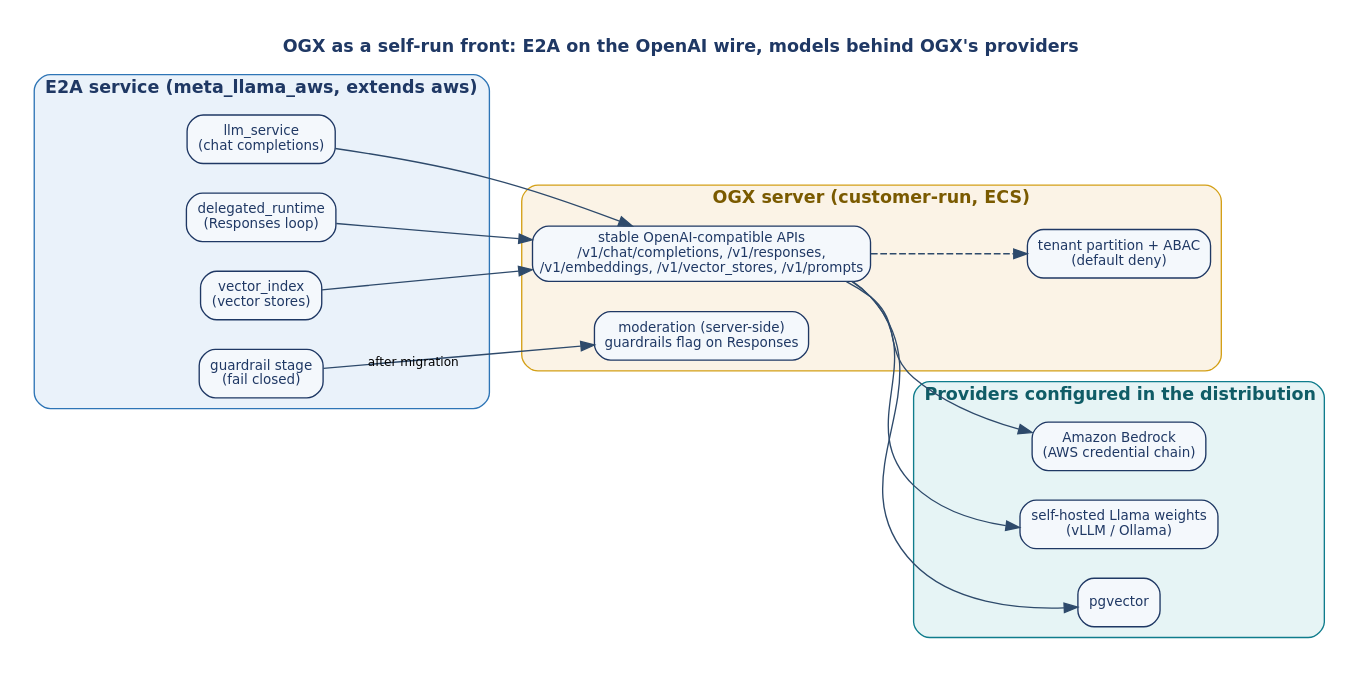
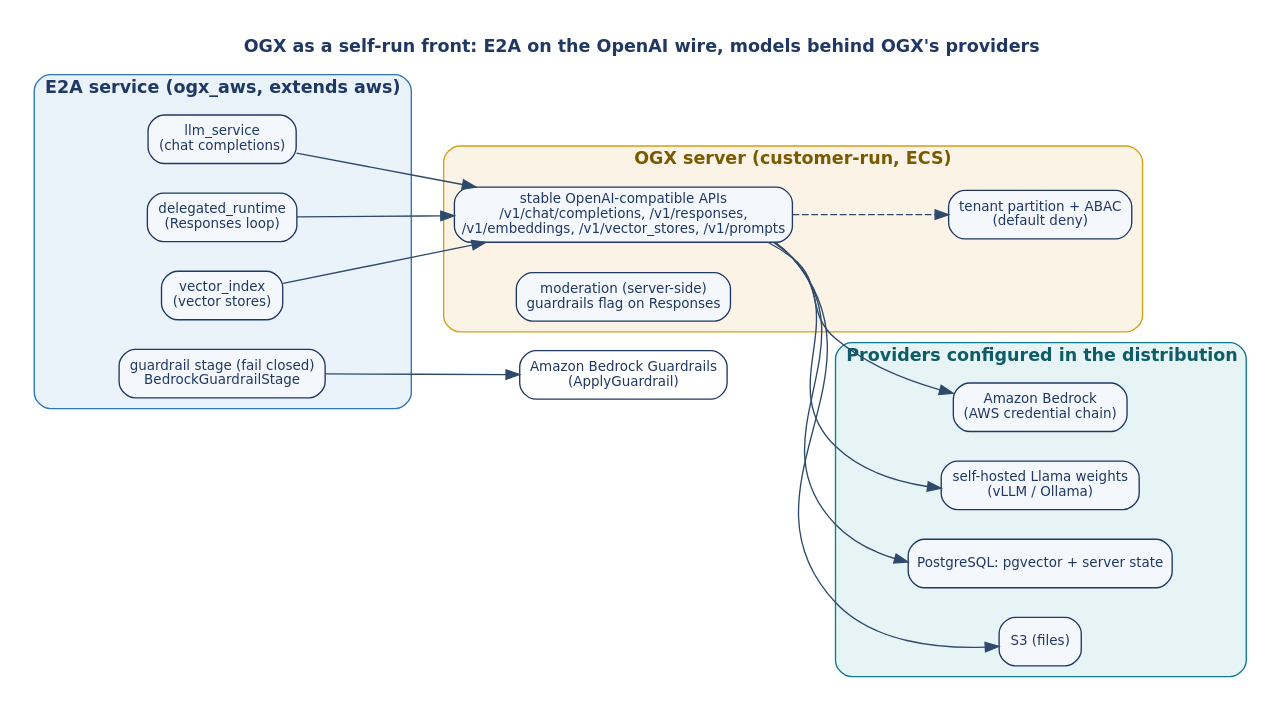
One commit to subhamviky/e2a-managed-providers changed the diagram in docs/design/meta/diagrams/x1_ogx_hld.dot. Above: the diagram before and after it, drawn with Graphviz. The commit also changed 45 other files, not shown here.

First line of the commit message:
provider(ogx): migrate the Llama profile to OGX 1.x as ogx_aws

```diff
--- a/docs/design/meta/diagrams/x1_ogx_hld.dot
+++ b/docs/design/meta/diagrams/x1_ogx_hld.dot
@@ -1,23 +1,25 @@
 digraph G {
   graph [rankdir=LR, compound=true, fontname="DejaVu Sans", fontsize=13, labelloc=t, label=<<b>OGX as a self-run front: E2A on the OpenAI wire, models behind OGX's providers</b>>, fontcolor="#1F3864", nodesep=0.3, ranksep=0.55, pad=0.25];
   node [shape=box, style="rounded,filled", fillcolor="#F4F8FC", color="#1F3864", fontname="DejaVu Sans", fontsize=10, fontcolor="#1F3864", margin="0.12,0.05"];
   edge [color="#2E4A6B", fontname="DejaVu Sans", fontsize=9];
-  subgraph cluster_e2a { label=<<b>E2A service (meta_llama_aws, extends aws)</b>>; style="rounded,filled"; fillcolor="#EAF2FA"; color="#2E75B6";
+  subgraph cluster_e2a { label=<<b>E2A service (ogx_aws, extends aws)</b>>; style="rounded,filled"; fillcolor="#EAF2FA"; color="#2E75B6";
     llm [label="llm_service\n(chat completions)"];
     rt [label="delegated_runtime\n(Responses loop)"];
     vi [label="vector_index\n(vector stores)"];
-    gs [label="guardrail stage\n(fail closed)"];
+    gs [label="guardrail stage (fail closed)\nBedrockGuardrailStage"];
   }
   subgraph cluster_ogx { label=<<b>OGX server (customer-run, ECS)</b>>; style="rounded,filled"; fillcolor="#FBF3E6"; color="#D4A017"; fontcolor="#7A5A00";
     api [label="stable OpenAI-compatible APIs\n/v1/chat/completions, /v1/responses,\n/v1/embeddings, /v1/vector_stores, /v1/prompts"];
     mod [label="moderation (server-side)\nguardrails flag on Responses"];
     ten [label="tenant partition + ABAC\n(default deny)"];
   }
   subgraph cluster_p { label=<<b>Providers configured in the distribution</b>>; style="rounded,filled"; fillcolor="#E6F4F5"; color="#0F7C8C"; fontcolor="#0F5C66";
     bed [label="Amazon Bedrock\n(AWS credential chain)"];
     self [label="self-hosted Llama weights\n(vLLM / Ollama)"];
-    pg [label="pgvector"];
+    pg [label="PostgreSQL: pgvector + server state"];
+    s3 [label="S3 (files)"];
   }
-  llm -> api; rt -> api; vi -> api; gs -> mod [xlabel="after migration"];
-  api -> bed; api -> self; api -> pg; api -> ten [style=dashed];
+  llm -> api; rt -> api; vi -> api; gs -> bgr;
+  bgr [label="Amazon Bedrock Guardrails\n(ApplyGuardrail)", fillcolor="#FFFFFF"];
+  api -> bed; api -> self; api -> pg; api -> s3; api -> ten [style=dashed];
 }
```
